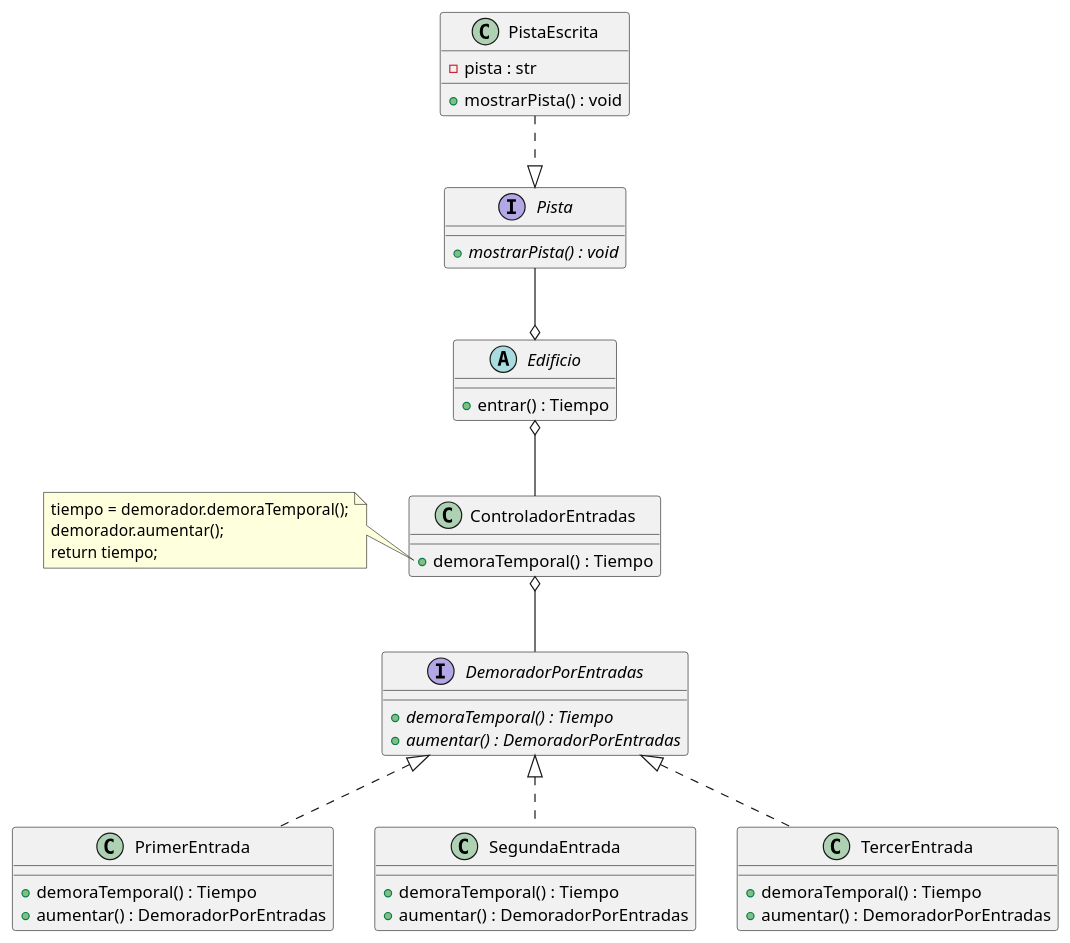
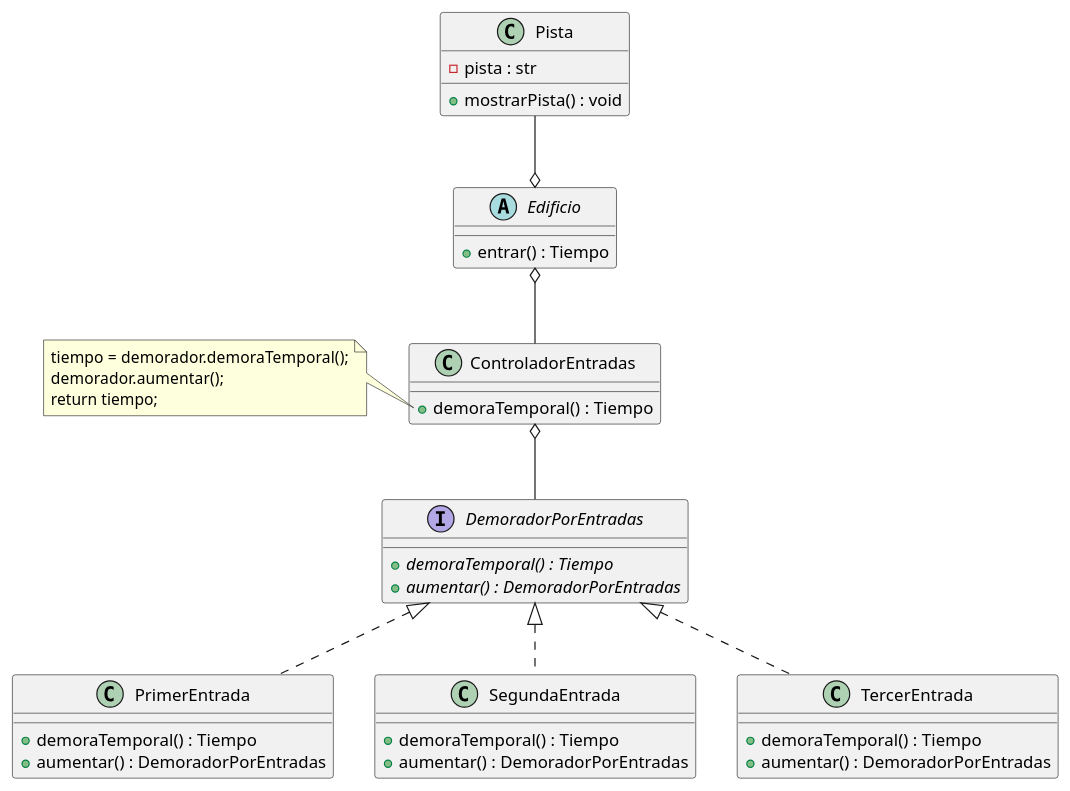
Before and after one commit to Nicolas-Bravo/algo3_tp2: the diagram in diagrams/classes/EdificioClases.plantuml, drawn with PlantUML. The commit also changed 14 other files, not shown here.

```diff
--- a/diagrams/classes/EdificioClases.plantuml
+++ b/diagrams/classes/EdificioClases.plantuml
@@ -1,58 +1,51 @@
 @startuml
 
-interface Pista{
-    + {abstract} mostrarPista() : void
-}
-
-class PistaEscrita{
+class Pista{
     - pista : str
     + mostrarPista() : void
 }
-
 
 abstract Edificio{
     + entrar() : Tiempo
 }
 
 class ControladorEntradas{
     + demoraTemporal() : Tiempo
 }
 
 interface DemoradorPorEntradas{
     + {abstract} demoraTemporal() : Tiempo
     + {abstract} aumentar() : DemoradorPorEntradas
 }
 
 class PrimerEntrada{
     + demoraTemporal() : Tiempo
     + aumentar() : DemoradorPorEntradas
 }
 
 class SegundaEntrada{
     + demoraTemporal() : Tiempo
     + aumentar() : DemoradorPorEntradas
 }
 
 class TercerEntrada{
     + demoraTemporal() : Tiempo
     + aumentar() : DemoradorPorEntradas
 }
 
 note left of ControladorEntradas::demoraTemporal
     tiempo = demorador.demoraTemporal();
     demorador.aumentar();
     return tiempo;
 end note
 
 DemoradorPorEntradas <|.. PrimerEntrada
 DemoradorPorEntradas <|.. SegundaEntrada
 DemoradorPorEntradas <|.. TercerEntrada
 
 ControladorEntradas o-- DemoradorPorEntradas
 
-PistaEscrita ..|> Pista
-
 Pista --o Edificio
 Edificio o-- ControladorEntradas
 
 @enduml
```
